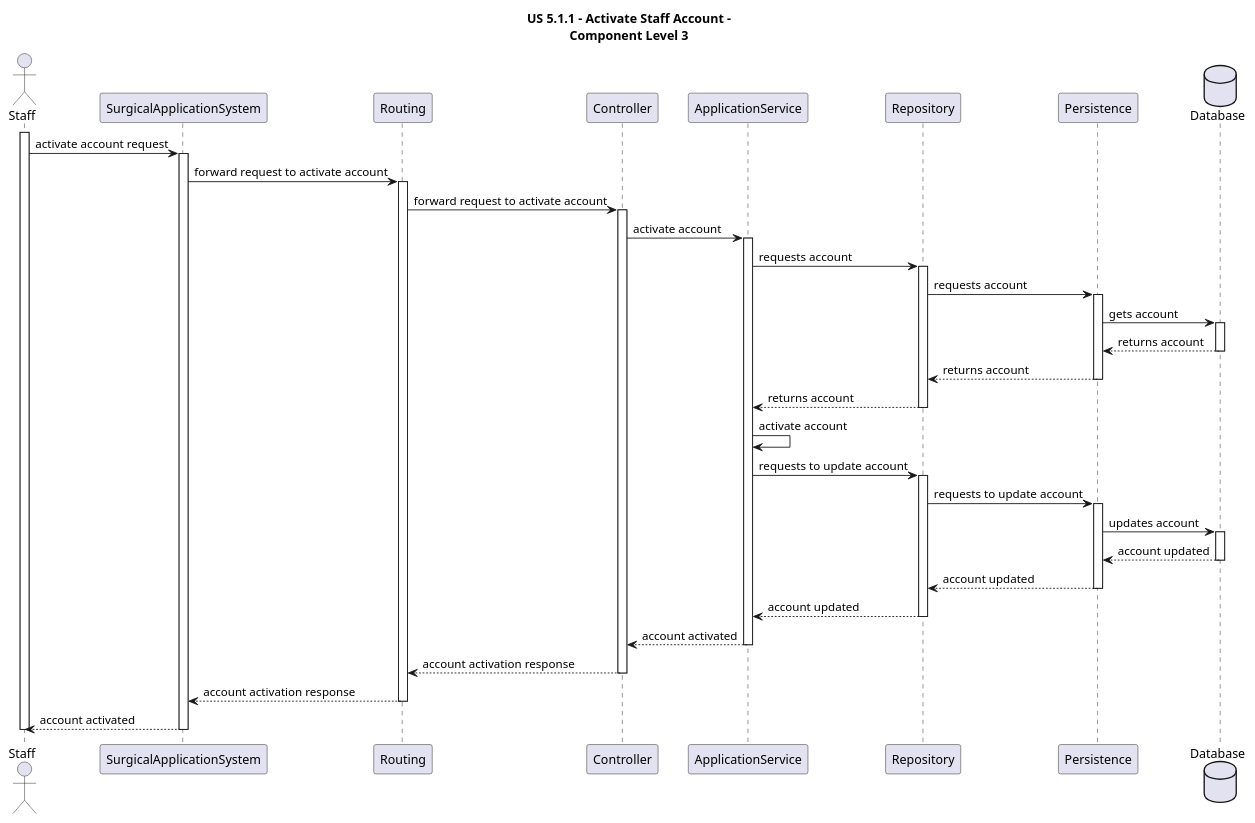
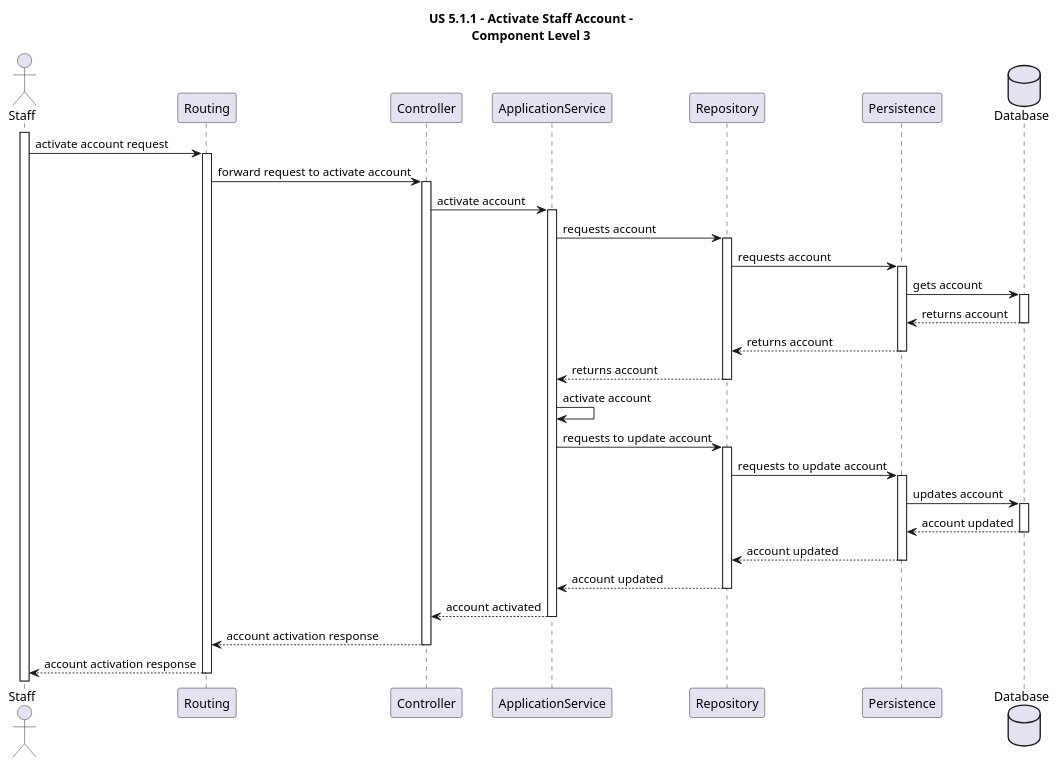
The diagram in docs/Sprint 1/US 5.1.1/ActivateStaffAccount/Sequence Diagrams/Level3/SD_Level3.puml (MateusCabral2004/sem5pi), drawn with PlantUML before and after one commit. The commit also changed 6 other files, not shown here.

Commit message:
Small update to the diagrams

```diff
--- a/docs/Sprint 1/US 5.1.1/ActivateStaffAccount/Sequence Diagrams/Level3/SD_Level3.puml
+++ b/docs/Sprint 1/US 5.1.1/ActivateStaffAccount/Sequence Diagrams/Level3/SD_Level3.puml
@@ -1,79 +1,72 @@
 @startuml
 title US 5.1.1 - Activate Staff Account -\nComponent Level 3
 
 actor Staff
-participant SurgicalApplicationSystem
 participant Routing
 participant Controller
 participant ApplicationService
 participant Repository
 participant Persistence
 database Database
 
 activate Staff
 
-Staff -> SurgicalApplicationSystem: activate account request
-    activate SurgicalApplicationSystem
+Staff -> Routing: activate account request
     
-    SurgicalApplicationSystem -> Routing: forward request to activate account
     activate Routing
     
     Routing -> Controller: forward request to activate account
     activate Controller
     
     Controller -> ApplicationService: activate account
     activate ApplicationService
     
     ApplicationService -> Repository: requests account
     activate Repository
     
     Repository -> Persistence: requests account
     activate Persistence
     
     Persistence -> Database: gets account
     activate Database
     
     Database --> Persistence: returns account
     deactivate Database
     
     Persistence --> Repository: returns account
     deactivate Persistence
     
     Repository --> ApplicationService: returns account
     deactivate Repository
     
     ApplicationService -> ApplicationService: activate account
     
     ApplicationService -> Repository: requests to update account
     activate Repository
     
     Repository -> Persistence: requests to update account
     activate Persistence
     
     Persistence -> Database: updates account
     activate Database
     
     Database --> Persistence: account updated
     deactivate Database
     
     Persistence --> Repository: account updated
     deactivate Persistence
     
     Repository --> ApplicationService: account updated
     deactivate Repository
     
     ApplicationService --> Controller: account activated
     deactivate ApplicationService
     
     Controller --> Routing: account activation response
     deactivate Controller
     
-    Routing --> SurgicalApplicationSystem: account activation response
+    Routing --> Staff: account activation response
     deactivate Routing
     
-    SurgicalApplicationSystem --> Staff: account activated
-    deactivate SurgicalApplicationSystem
-
-deactivate Staff
 
 @enduml
```
